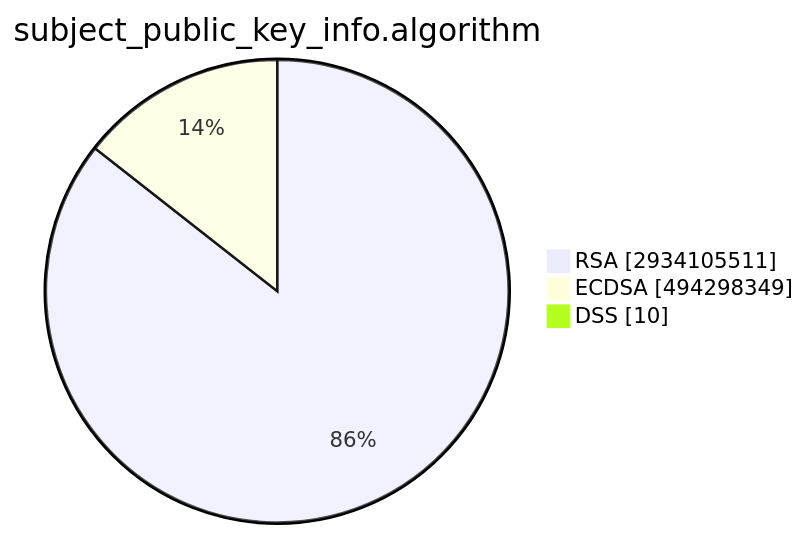
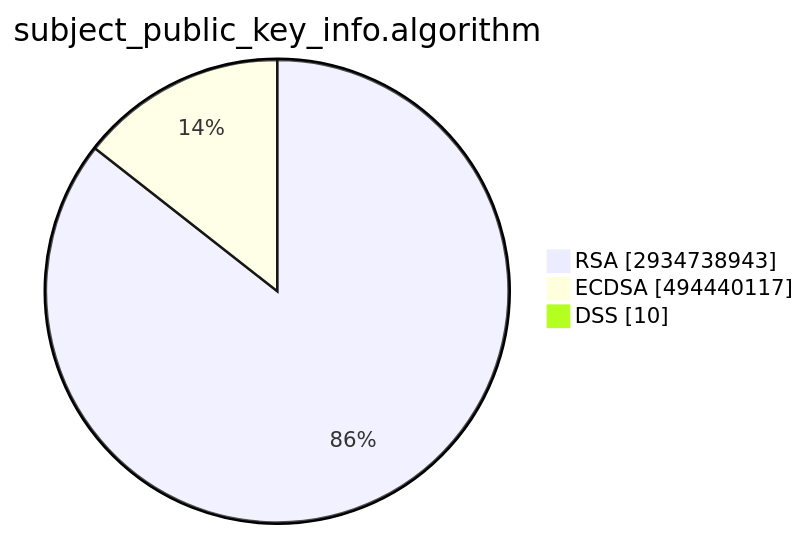
Before and after one commit to christiankrug/ctmonitor_visualization: the second of 15 diagrams in TOTAL/README.md, drawn with Mermaid. The commit also changed other lines of this file, not shown here.

````diff
--- a/TOTAL/README.md
+++ b/TOTAL/README.md
@@ -6,7 +6,7 @@
 ```mermaid
 pie showData
 title subject_public_key_info.algorithm
-"RSA" :2934105511
-"ECDSA" :494298349
+"RSA" :2934738943
+"ECDSA" :494440117
 "DSS" :10
 ```
````
